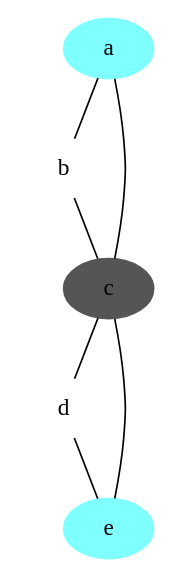
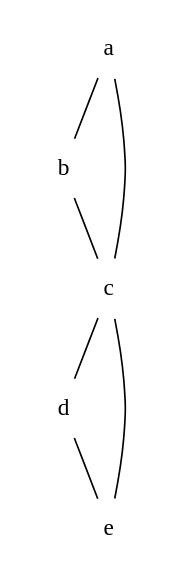
One commit to pedrodemargomes/grafos_trab2 changed the diagram in grafo2Resp.dot. Above: the diagram before and after it, drawn with Graphviz. The commit also changed other lines of this file and 6 other files, not shown here.

```diff
--- a/grafo2Resp.dot
+++ b/grafo2Resp.dot
@@ -1,16 +1,16 @@
 graph graphname {
 	node [color=white,
-		 style=filled
+		style=filled
 	];
-	a	 [color="#7fffff"];
-	b	 [color="#ffffff"];
+	a	 [color="#ffffffff"];
+	b	 [color="#ffffffff"];
 	a -- b;
-	c	 [color="#555555"];
+	c	 [color="#ffffffff"];
 	a -- c;
 	b -- c;
-	d	 [color="#ffffff"];
+	d	 [color="#ffffffff"];
 	c -- d;
-	e	 [color="#7fffff"];
+	e	 [color="#ffffffff"];
 	c -- e;
 	d -- e;
 }
```
